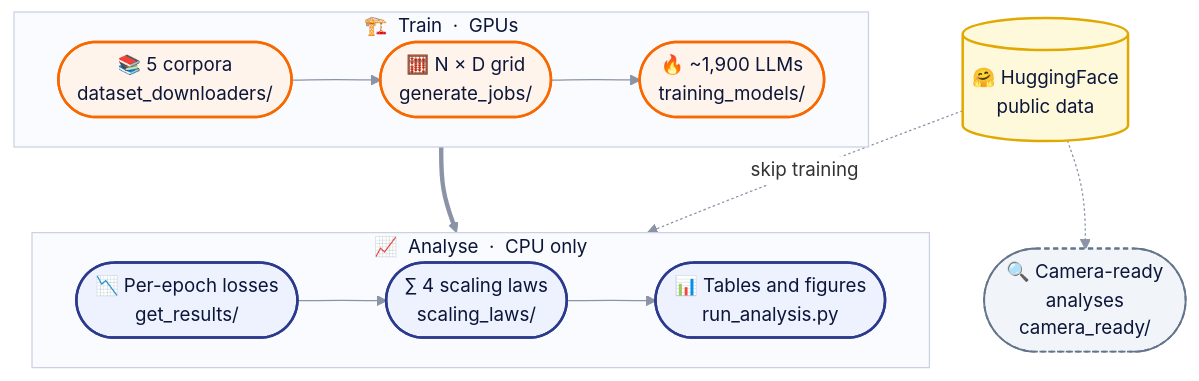
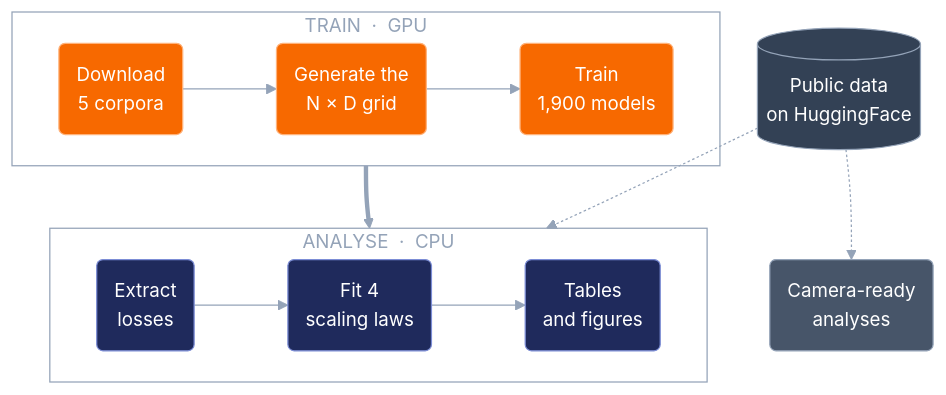
One commit to lab-v2/tpp-coverage changed the diagram in README.md. Above: the diagram before and after it, drawn with Mermaid. The commit also changed 1 other file, not shown here.

Commit message:
README diagram: plain labels, solid palette

````diff
--- a/README.md
+++ b/README.md
@@ -81,25 +81,25 @@
 ```mermaid
-%%{init: {"theme": "base", "flowchart": {"curve": "basis", "nodeSpacing": 28, "rankSpacing": 46}, "themeVariables": {"fontFamily": "Inter, Segoe UI, Helvetica, sans-serif", "fontSize": "15px", "lineColor": "#8A94A6", "clusterBkg": "#FAFBFF", "clusterBorder": "#C9D1E3", "edgeLabelBackground": "#FFFFFF", "titleColor": "#0B1638"}}}%%
+%%{init: {"theme": "base", "flowchart": {"curve": "basis", "nodeSpacing": 30, "rankSpacing": 50, "padding": 14}, "themeVariables": {"fontFamily": "Inter, -apple-system, Segoe UI, Helvetica, sans-serif", "fontSize": "15px", "lineColor": "#94A3B8", "clusterBkg": "transparent", "clusterBorder": "#94A3B8", "titleColor": "#94A3B8", "edgeLabelBackground": "transparent"}}}%%
 flowchart TB
-    subgraph TRAIN["🏗️ &nbsp;Train &nbsp;·&nbsp; GPUs"]
+    subgraph TRAIN["TRAIN &nbsp;·&nbsp; GPU"]
         direction LR
-        A(["📚 5 corpora<br/>dataset_downloaders/"]) --> B(["🧮 N × D grid<br/>generate_jobs/"]) --> C(["🔥 ~1,900 LLMs<br/>training_models/"])
+        A("Download<br/>5 corpora") --> B("Generate the<br/>N × D grid") --> C("Train<br/>1,900 models")
     end
-    subgraph ANALYSE["📈 &nbsp;Analyse &nbsp;·&nbsp; CPU only"]
+    subgraph ANALYSE["ANALYSE &nbsp;·&nbsp; CPU"]
         direction LR
-        D(["📉 Per-epoch losses<br/>get_results/"]) --> E(["∑ 4 scaling laws<br/>scaling_laws/"]) --> F(["📊 Tables and figures<br/>run_analysis.py"])
+        D("Extract<br/>losses") --> E("Fit 4<br/>scaling laws") --> F("Tables<br/>and figures")
     end
-    H[("🤗 HuggingFace<br/>public data")]
-    G(["🔍 Camera-ready<br/>analyses<br/>camera_ready/"])
+    H[("Public data<br/>on HuggingFace")]
+    G("Camera-ready<br/>analyses")
     TRAIN ==> ANALYSE
-    H -. "skip training" .-> ANALYSE
+    H -.-> ANALYSE
     H -.-> G
-    classDef train fill:#FFF4EC,stroke:#F76900,stroke-width:2px,color:#0B1638
-    classDef analyse fill:#EEF2FF,stroke:#2B3A8C,stroke-width:2px,color:#0B1638
-    classDef data fill:#FFF9DB,stroke:#E0A800,stroke-width:2px,color:#0B1638
-    classDef extra fill:#F1F5F9,stroke:#64748B,stroke-width:1.5px,stroke-dasharray:4 3,color:#0B1638
+    classDef train fill:#F76900,stroke:#FFB27A,stroke-width:1px,color:#FFFFFF
+    classDef analyse fill:#1F2A5C,stroke:#7C8DD6,stroke-width:1px,color:#FFFFFF
+    classDef data fill:#334155,stroke:#94A3B8,stroke-width:1px,color:#FFFFFF
+    classDef extra fill:#475569,stroke:#94A3B8,stroke-width:1px,color:#FFFFFF
     class A,B,C train
     class D,E,F analyse
     class H data
     class G extra
 ```
````
